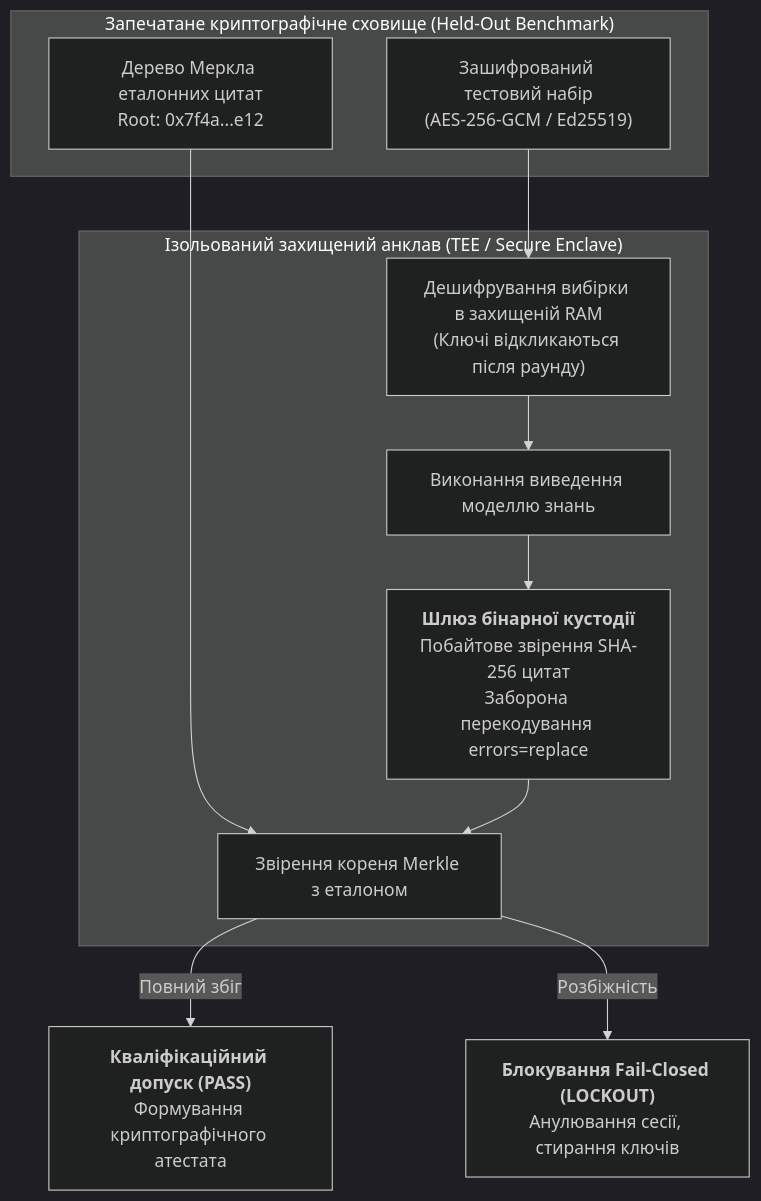
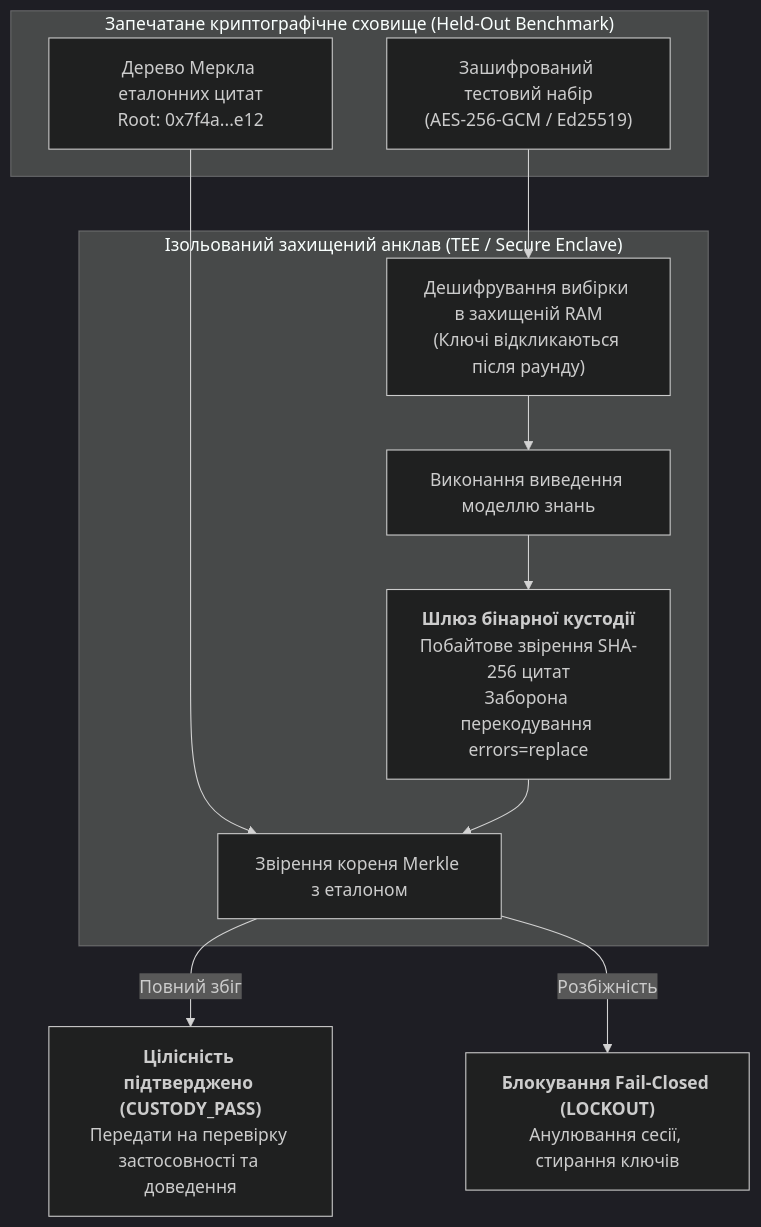
The seventh of 9 diagrams in ExpertSystem/ch36-knowledge-testing-pyramid-and-variational-calibration.md (nick-fedchik/articles), drawn with Mermaid (dark theme) before and after one commit. The commit also changed other lines of this file and 375 other files, not shown here.

````diff
--- a/ExpertSystem/ch36-knowledge-testing-pyramid-and-variational-calibration.md
+++ b/ExpertSystem/ch36-knowledge-testing-pyramid-and-variational-calibration.md
@@ -510,26 +520,26 @@
 ```mermaid
 flowchart TD
     accTitle: Архітектура ізольованого контрольного шлюзу Held-Out Sealed Gate
     accDescr: Криптографічно запечатаний контрольний анклав перевіряє побайтові докази без витоку даних.
 
     subgraph SECURE_STORE["Запечатане криптографічне сховище (Held-Out Benchmark)"]
         TEST_ENC["Зашифрований тестовий набір<br/>(AES-256-GCM / Ed25519)"]
         MERKLE["Дерево Меркла еталонних цитат<br/>Root: 0x7f4a...e12"]
     end
 
     subgraph ENCLAVE["Ізольований захищений анклав (TEE / Secure Enclave)"]
         DECRYPT["Дешифрування вибірки в захищеній RAM<br/>(Ключі відкликаються після раунду)"]
         EXEC["Виконання виведення моделлю знань"]
         RAW_CHECK["<b>Шлюз бінарної кустодії</b><br/>Побайтове звірення SHA-256 цитат<br/>Заборона перекодування errors=replace"]
         VERIFY_TREE["Звірення кореня Merkle з еталоном"]
     end
 
     TEST_ENC --> DECRYPT
     MERKLE --> VERIFY_TREE
     DECRYPT --> EXEC
     EXEC --> RAW_CHECK
     RAW_CHECK --> VERIFY_TREE
 
-    VERIFY_TREE -->|Повний збіг| VERDICT_PASS["<b>Кваліфікаційний допуск (PASS)</b><br/>Формування криптографічного атестата"]
+    VERIFY_TREE -->|"Повний збіг"| VERDICT_PASS["<b>Цілісність підтверджено (CUSTODY_PASS)</b><br/>Передати на перевірку застосовності та доведення"]
     VERIFY_TREE -->|Розбіжність| VERDICT_FAIL["<b>Блокування Fail-Closed (LOCKOUT)</b><br/>Анулювання сесії, стирання ключів"]
 ```
````
